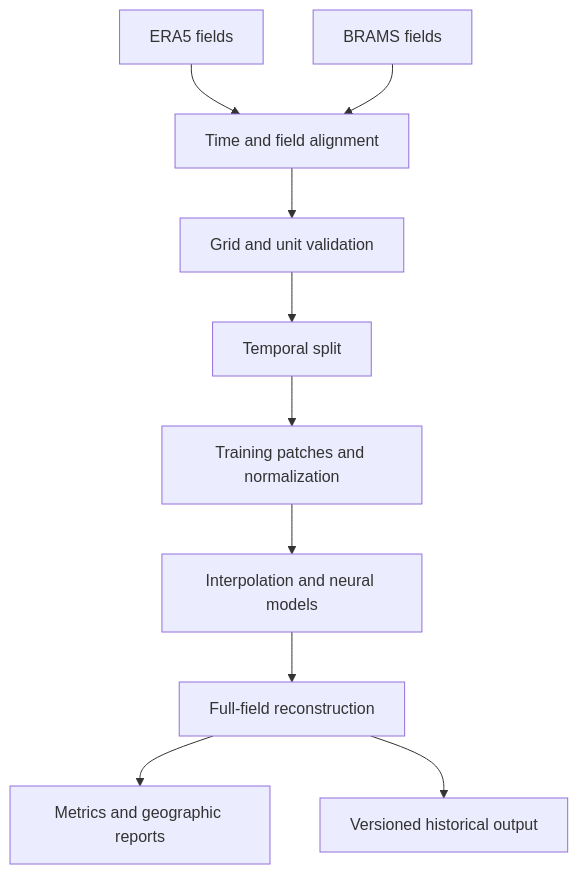
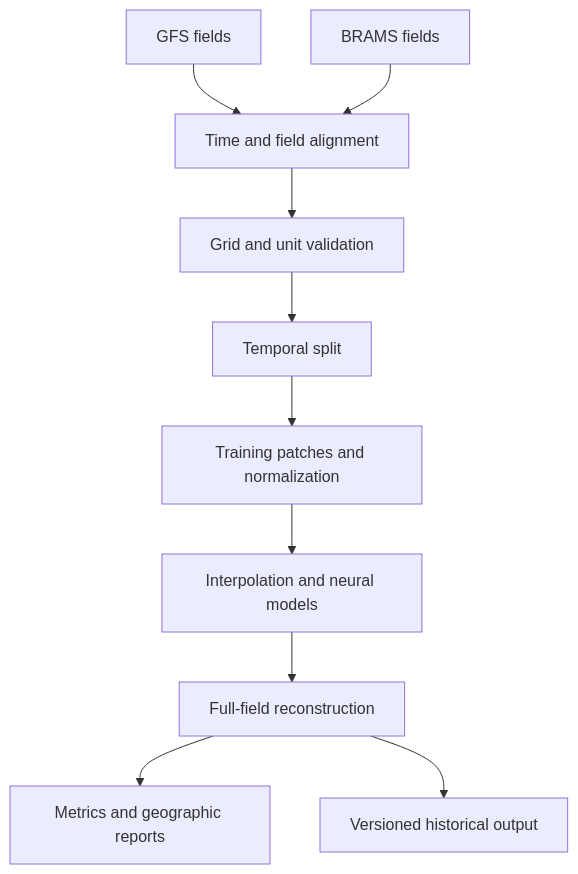
One commit to aCosmicDebugger/cosmic-downscaler changed the diagram in docs/architecture.md. Above: the diagram before and after it, drawn with Mermaid. The commit also changed other lines of this file and 2 other files, not shown here.

Commit message:
align GFS downscaling and regional forecasting

````diff
--- a/docs/architecture.md
+++ b/docs/architecture.md
@@ -40,12 +40,12 @@
 ```mermaid
 flowchart TD
-    E[ERA5 fields] --> A[Time and field alignment]
+    E[GFS fields] --> A[Time and field alignment]
     B[BRAMS fields] --> A
     A --> G[Grid and unit validation]
     G --> S[Temporal split]
     S --> P[Training patches and normalization]
     P --> M[Interpolation and neural models]
     M --> R[Full-field reconstruction]
     R --> V[Metrics and geographic reports]
     R --> H[Versioned historical output]
 ```
````
